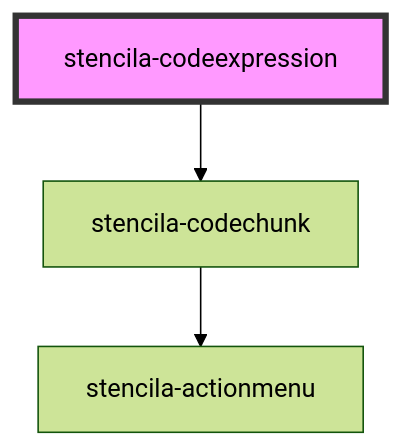
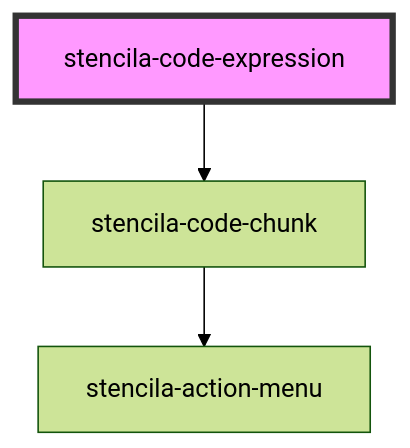
One commit to stencila/designa changed the diagram in packages/components/src/components/codeExpression/readme.md. Above: the diagram before and after it, drawn with Mermaid (forest theme). The commit also changed other lines of this file and 10 other files, not shown here.

````diff
--- a/packages/components/src/components/codeExpression/readme.md
+++ b/packages/components/src/components/codeExpression/readme.md
@@ -13,6 +13,6 @@
 ```mermaid
 graph TD;
-  stencila-codeexpression --> stencila-codechunk
-  stencila-codechunk --> stencila-actionmenu
-  style stencila-codeexpression fill:#f9f,stroke:#333,stroke-width:4px
+  stencila-code-expression --> stencila-code-chunk
+  stencila-code-chunk --> stencila-action-menu
+  style stencila-code-expression fill:#f9f,stroke:#333,stroke-width:4px
 ```
````
